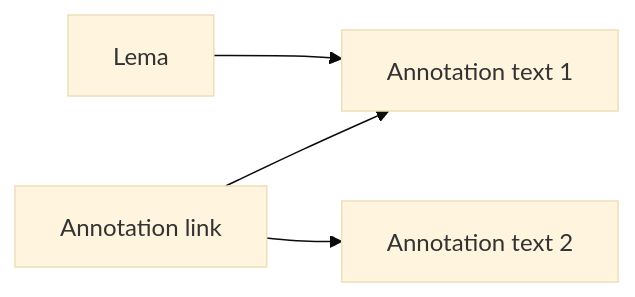
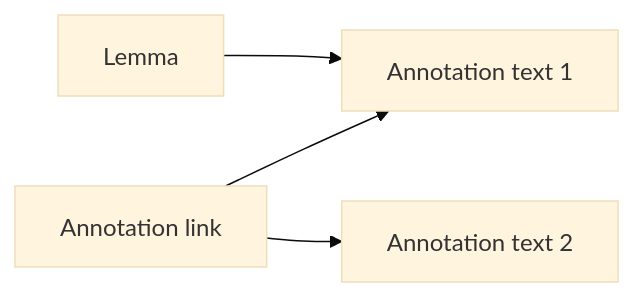
One commit to GhentCDH/Mela changed the second of 2 diagrams in docs/mela/annotations.md. Above: the diagram before and after it, drawn with Mermaid (base theme). The commit also changed 59 other files, not shown here.

````diff
--- a/docs/mela/annotations.md
+++ b/docs/mela/annotations.md
@@ -61,8 +61,8 @@
 ```mermaid
     graph LR;
         A[Annotation link] --> B[Annotation text 1]
         A --> C[Annotation text 2];
         
-        D[Lema] --> B
+        D[Lemma] --> B
     
 ```
````
